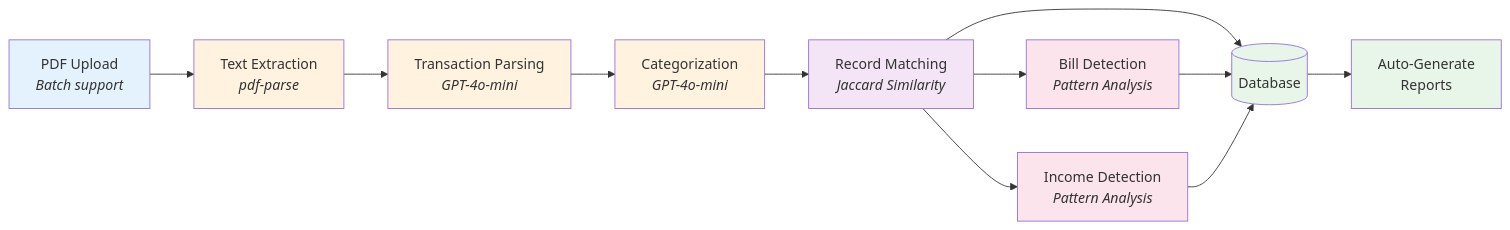
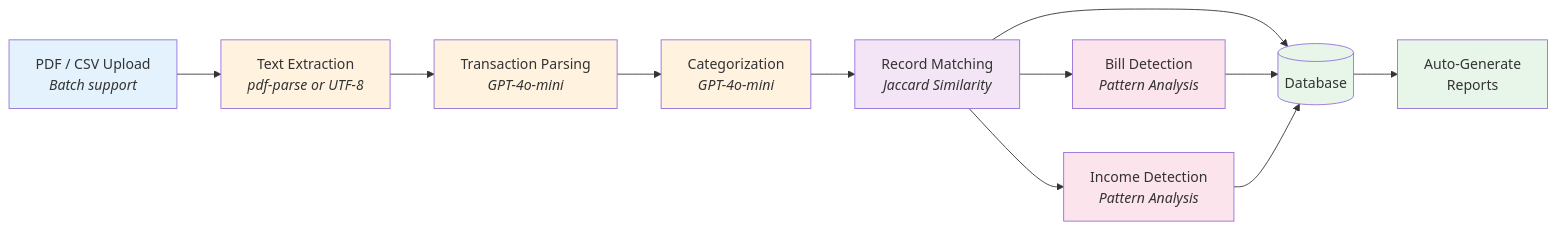
The third of 12 diagrams in README.md (mjmitchell86/Spendoza), drawn with Mermaid before and after one commit. The commit also changed other lines of this file and 2 other files, not shown here.

First line of the commit message:
docs: update documentation for CSV upload support

````diff
--- a/README.md
+++ b/README.md
@@ -115,23 +115,23 @@
 ```mermaid
 flowchart LR
-    PDF[PDF Upload<br/><i>Batch support</i>] --> Extract[Text Extraction<br/><i>pdf-parse</i>]
+    Upload[PDF / CSV Upload<br/><i>Batch support</i>] --> Extract[Text Extraction<br/><i>pdf-parse or UTF-8</i>]
     Extract --> Parse[Transaction Parsing<br/><i>GPT-4o-mini</i>]
     Parse --> Classify[Categorization<br/><i>GPT-4o-mini</i>]
     Classify --> Match[Record Matching<br/><i>Jaccard Similarity</i>]
     Match --> DB[(Database)]
     Match --> Bills[Bill Detection<br/><i>Pattern Analysis</i>]
     Match --> Income[Income Detection<br/><i>Pattern Analysis</i>]
     Bills --> DB
     Income --> DB
     DB --> Reports[Auto-Generate<br/>Reports]
 
-    style PDF fill:#e3f2fd
+    style Upload fill:#e3f2fd
     style Extract fill:#fff3e0
     style Parse fill:#fff3e0
     style Classify fill:#fff3e0
     style Match fill:#f3e5f5
     style Bills fill:#fce4ec
     style Income fill:#fce4ec
     style DB fill:#e8f5e9
     style Reports fill:#e8f5e9
 ```
````
